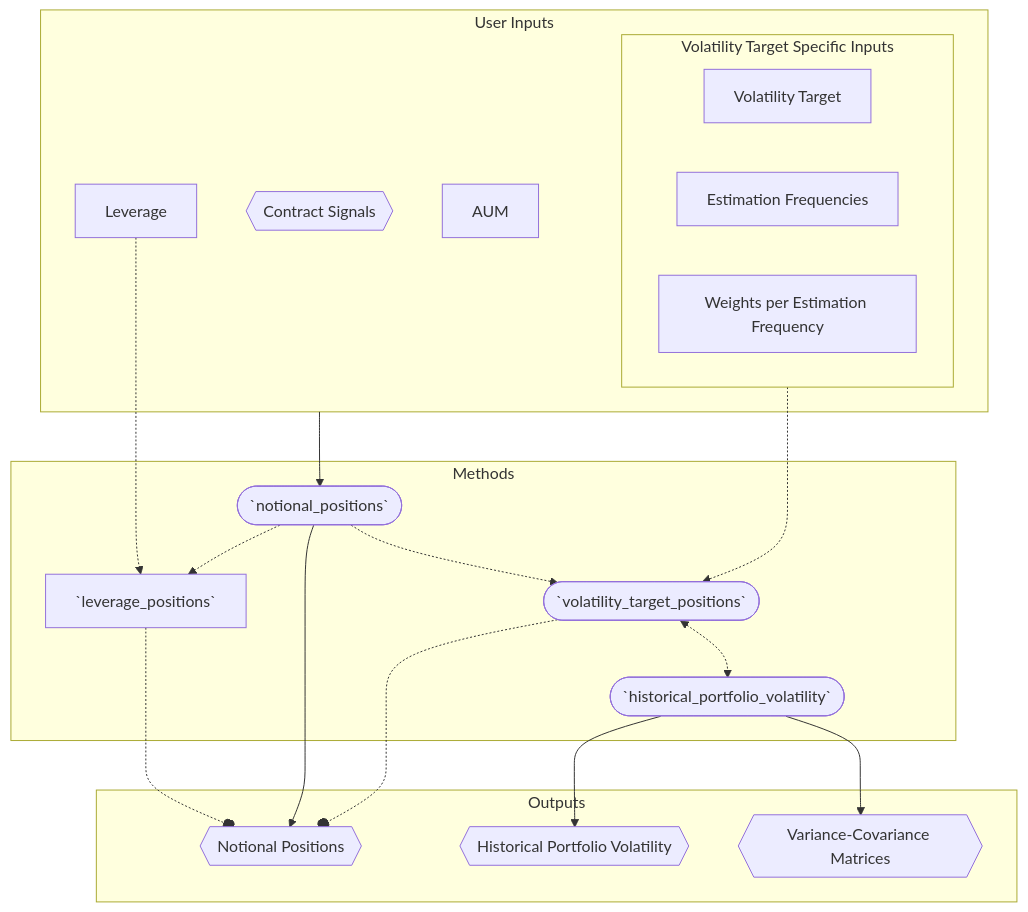
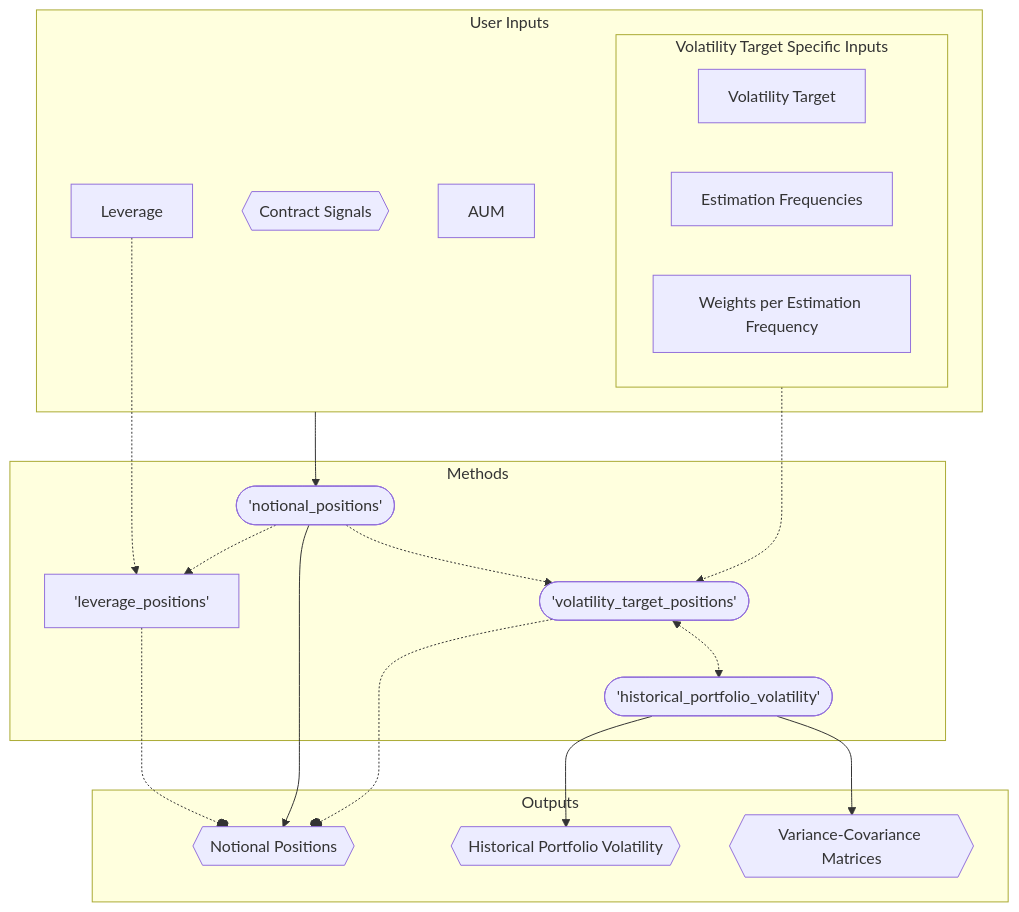
One commit to macrosynergy/macrosynergy changed the third of 5 diagrams in macrosynergy/pnl/README.md. Above: the diagram before and after it, drawn with Mermaid. The commit also changed other lines of this file, not shown here.

Commit message:
updating mermaid chart to remove codespans

````diff
--- a/macrosynergy/pnl/README.md
+++ b/macrosynergy/pnl/README.md
@@ -95,54 +95,54 @@
 ```{mermaid}
 flowchart TD
   CS{{Contract Signals}}
   AUM[AUM]
   LVG[Leverage]
-  LVGfunc[`leverage_positions`]
+  LVGfunc['leverage_positions']
   VT[Volatility Target]
-  HPVfunc([`historical_portfolio_volatility`])
-  VTPOSfunc([`volatility_target_positions`])
+  HPVfunc(['historical_portfolio_volatility'])
+  VTPOSfunc(['volatility_target_positions'])
   NP{{Notional Positions}}
   HPV{{Historical Portfolio Volatility}}
   VCV{{Variance-Covariance Matrices}}
   ESTF[Estimation Frequencies]
   ESTW[Weights per Estimation Frequency]
-  NPfunc([`notional_positions`])
+  NPfunc(['notional_positions'])
     VT_UINP -.-> VTPOSfunc
     LVG -.-> LVGfunc
 
 
     subgraph NP_UINP[User Inputs]
       LVG
       AUM
       CS
       subgraph VT_UINP[Volatility Target Specific Inputs]
         VT
         ESTF
         ESTW
       end
     end
     subgraph NP_METHODS[Methods]
       NPfunc
 
       LVGfunc
       VTPOSfunc
       HPVfunc
     end
 
     subgraph OUTPUTS[Outputs]
       NP
       HPV
       VCV
     end
     NPfunc -.-> VTPOSfunc
 
     HPVfunc --> HPV
     HPVfunc --> VCV
     NPfunc -.-> LVGfunc
     VTPOSfunc <-.-> HPVfunc
 
     LVGfunc -.-o NP
     NPfunc --> NP
     VTPOSfunc -.-o NP
     NP_UINP --> NPfunc
 ```
````
